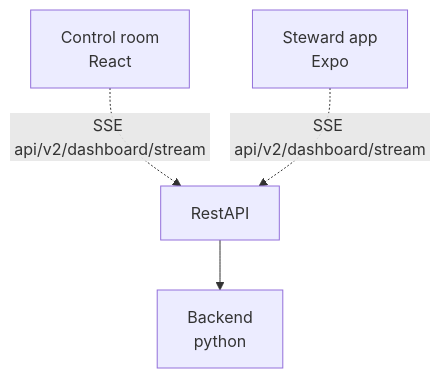
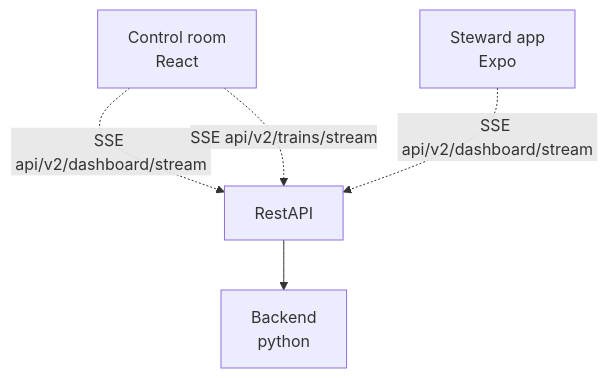
The diagram in contracts/api/v2/positioning-interface/README.md (aau-cph-sw5/case-b-manning-patrol), drawn with Mermaid before and after one commit. The commit also changed other lines of this file and 15 other files, not shown here.

First line of the commit message:
Split train manning onto its own SSE stream (positioning-interface v2.4.0)

````diff
--- a/contracts/api/v2/positioning-interface/README.md
+++ b/contracts/api/v2/positioning-interface/README.md
@@ -7,6 +7,7 @@
 ```mermaid
 graph TD
     WebUI[Control room\nReact] -.->|"SSE api/v2/dashboard/stream"| RestAPI
+    WebUI -.->|"SSE api/v2/trains/stream"| RestAPI
     Android[Steward app\nExpo] -.->|"SSE api/v2/dashboard/stream"| RestAPI
     RestAPI[RestAPI] --> Backend[Backend\npython]
 ```
````
